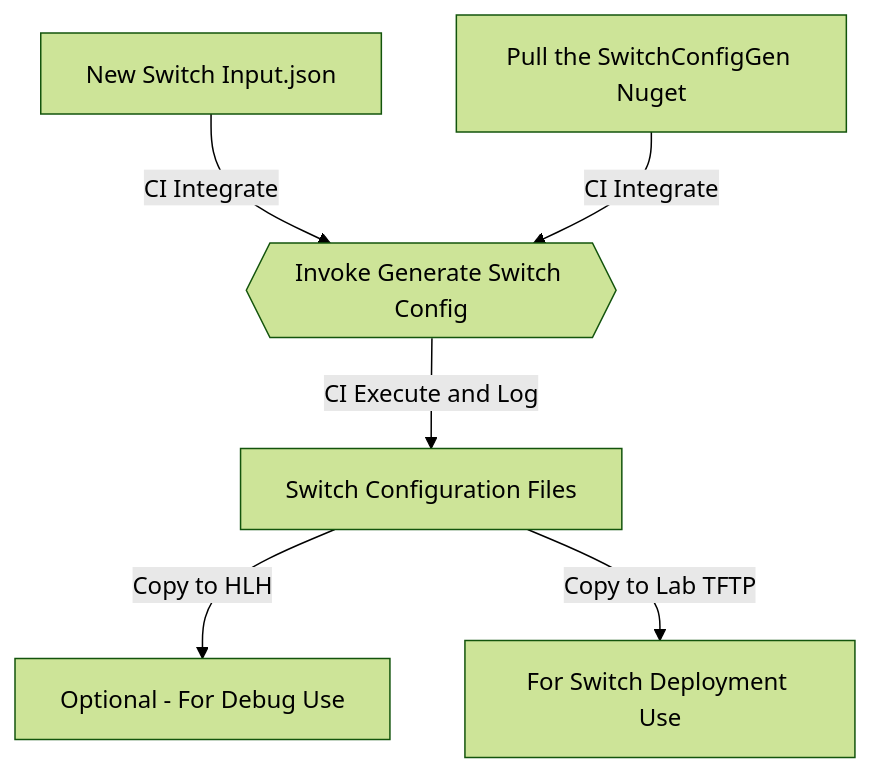
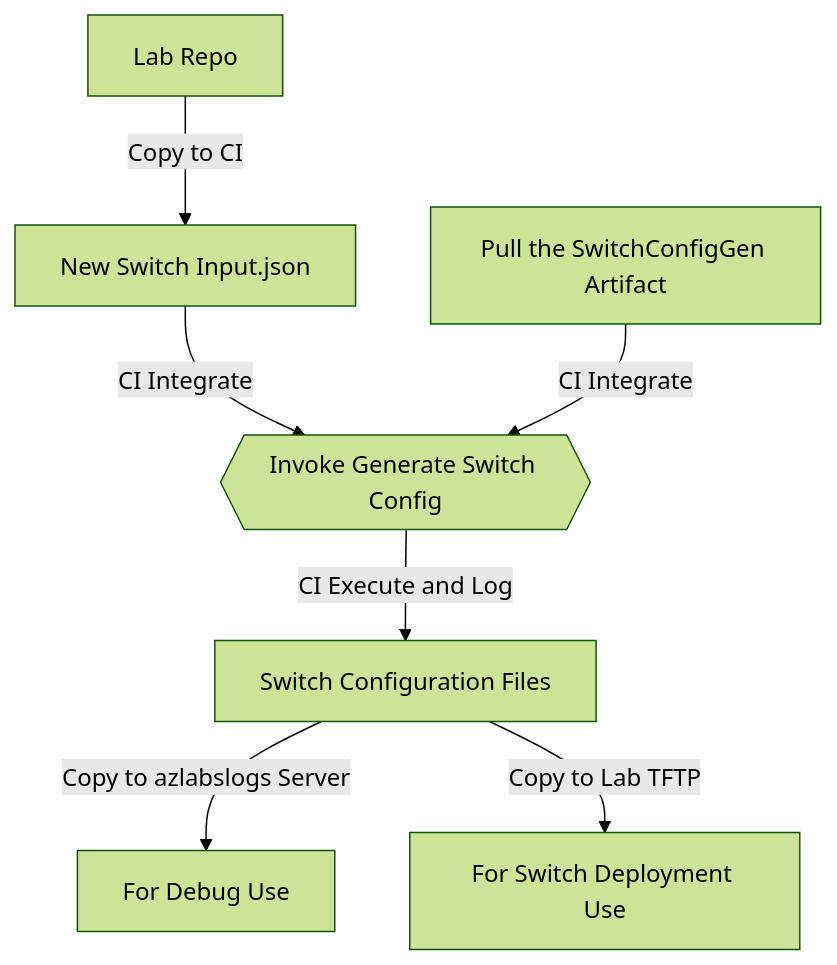
One commit to microsoft/AzureStack_Network_Switch_Config_Generator changed the second of 2 diagrams in docs/CI.md. Above: the diagram before and after it, drawn with Mermaid (forest theme). The commit also changed other lines of this file and 42 other files, not shown here.

````diff
--- a/docs/CI.md
+++ b/docs/CI.md
@@ -18,8 +18,9 @@
 ```mermaid
 flowchart TD
+    L[Lab Repo] --> |Copy to CI| A[New Switch Input.json]
     A[New Switch Input.json] --> |CI Integrate| B{{Invoke Generate Switch Config}}
-    E[Pull the SwitchConfigGen Nuget] --> |CI Integrate| B
+    E[Pull the SwitchConfigGen Artifact] --> |CI Integrate| B
     B --> |CI Execute and Log| F[Switch Configuration Files]
-    F --> |Copy to HLH| G[Optional - For Debug Use]
+    F --> |Copy to azlabslogs Server| G[For Debug Use]
     F --> |Copy to Lab TFTP| H[For Switch Deployment Use]
 ```
````
